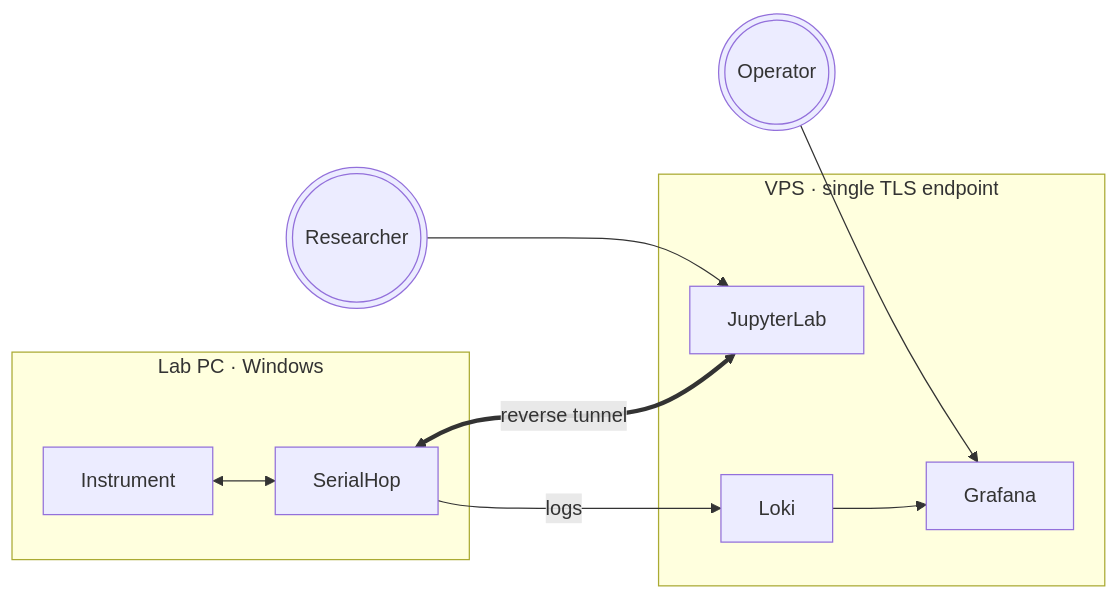
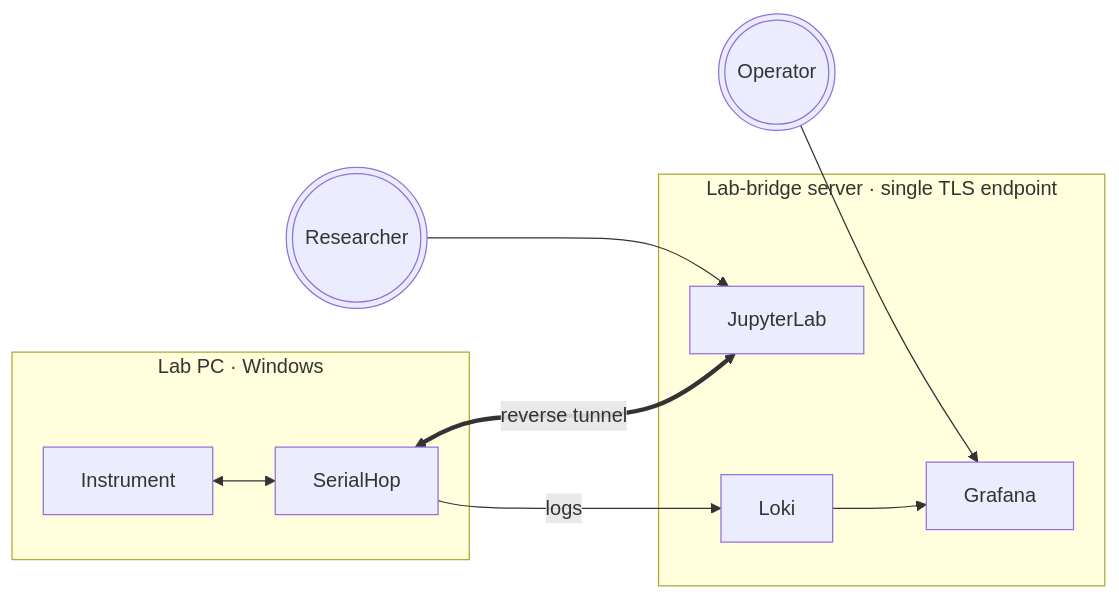
Before and after one commit to bioexperiment-lab-devices/lab-bridge: the diagram in public_docs/overview/index.md, drawn with Mermaid. The commit also changed other lines of this file and 6 other files, not shown here.

````diff
--- a/public_docs/overview/index.md
+++ b/public_docs/overview/index.md
@@ -20,21 +20,21 @@
 ```mermaid
 flowchart LR
     subgraph LabPC["Lab PC · Windows"]
         Instrument
         Agent[SerialHop]
         Instrument <--> Agent
     end
 
-    subgraph VPSbox["VPS · single TLS endpoint"]
+    subgraph ServerBox["Lab-bridge server · single TLS endpoint"]
         JupyterLab
         Loki
         Grafana
         Loki --> Grafana
     end
 
     Agent <==>|reverse tunnel| JupyterLab
     Agent -->|logs| Loki
 
     Researcher(((Researcher))) --> JupyterLab
     Operator(((Operator))) --> Grafana
 ```
````
